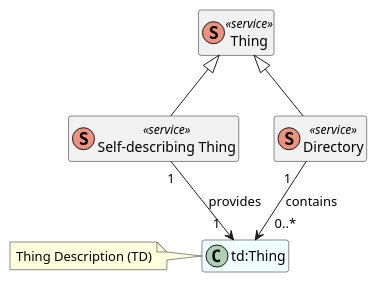
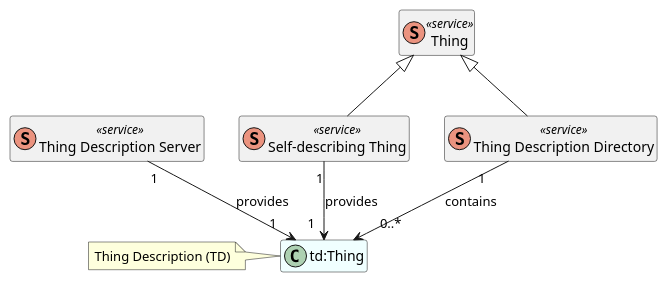
One commit to w3c/wot-discovery changed the diagram in images/exploration-class-diagram.puml. Above: the diagram before and after it, drawn with PlantUML. The commit also changed 1 other file, not shown here.

Commit message:
update class diagram

```diff
--- a/images/exploration-class-diagram.puml
+++ b/images/exploration-class-diagram.puml
@@ -1,22 +1,24 @@
 @startuml exploration-class-diagram
 /' global configurations '/
 hide methods
 hide members
 
 class Thing <<(S,#eb937f) service>>
 together {
+    class Server as "Thing Description Server" <<(S,#eb937f) service>>
     class SelfDesc as "Self-describing Thing" <<(S,#eb937f) service>>
-    class Directory <<(S,#eb937f) service>>
+    class Directory as "Thing Description Directory" <<(S,#eb937f) service>>
 }
 
 class TD as "td:Thing" #Azure
 note left: Thing Description (TD)
 
 /' relations '/
 Thing <|-- SelfDesc
 Thing <|-- Directory
 SelfDesc "1" --> "1  " TD: provides
+Server "1" --> "1  " TD: provides
 Directory "1   " --> "   0..*" TD: contains
 
 
 @enduml
```
